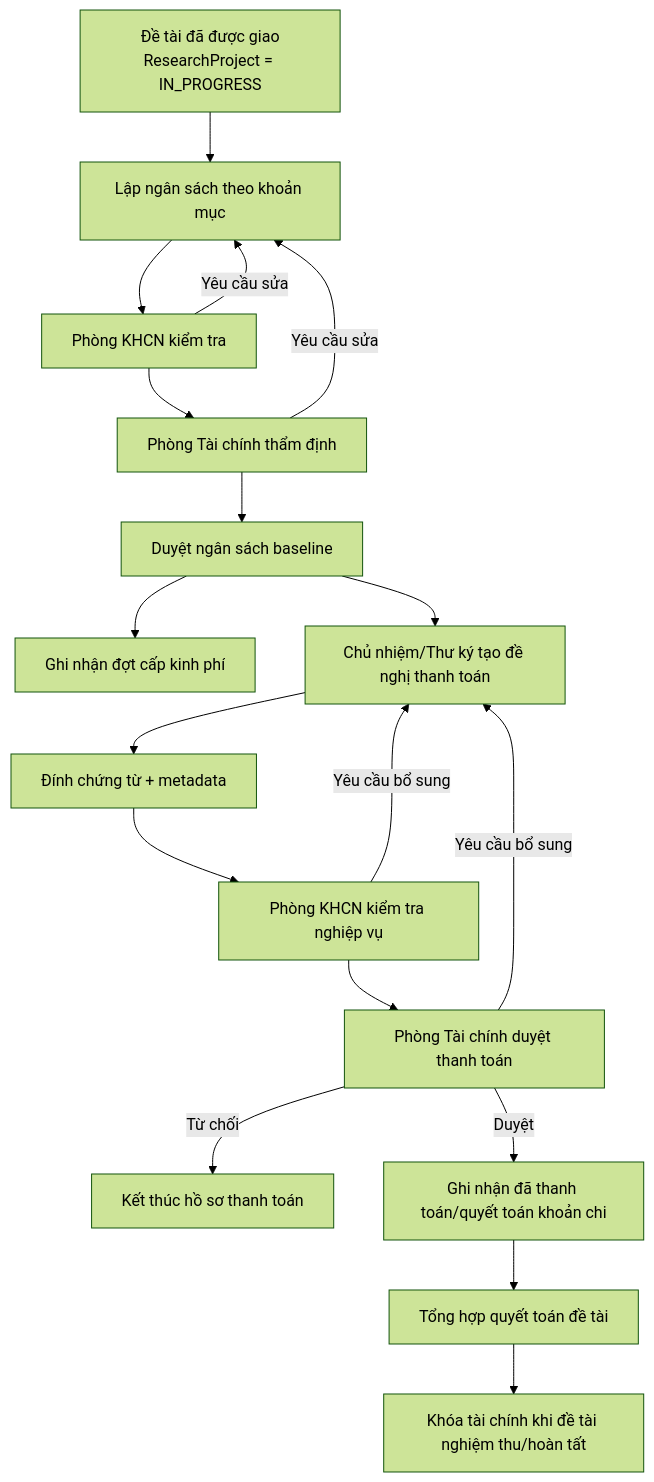
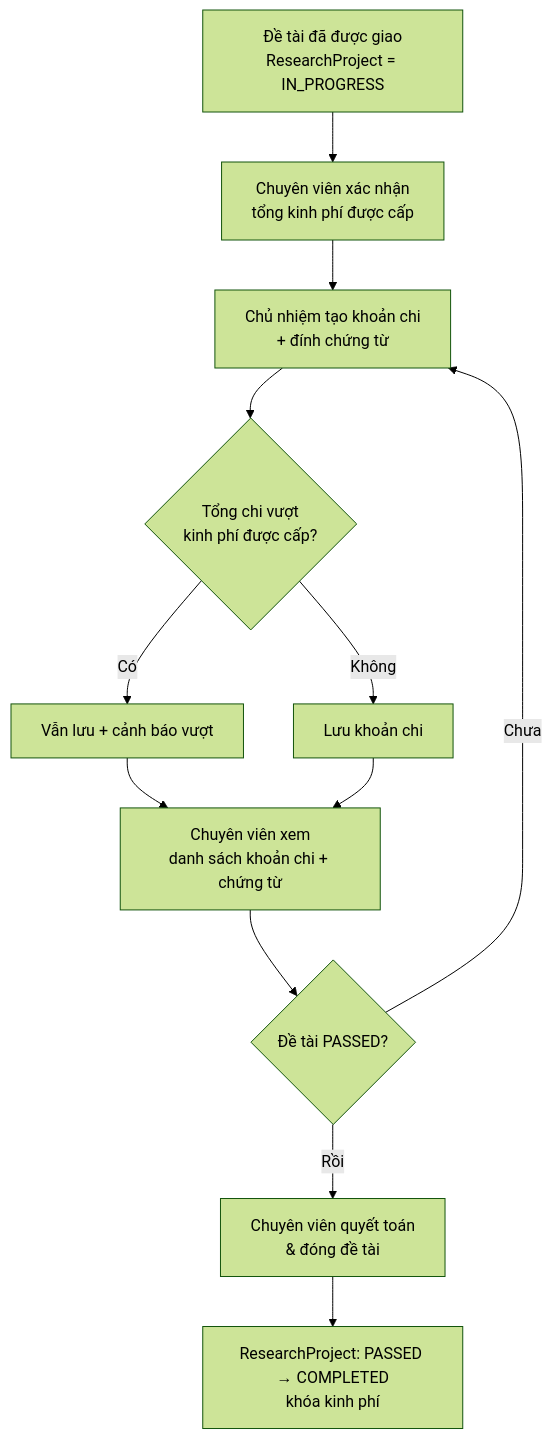
The diagram in docs/features/F05-quan-ly-kinh-phi/prototype.md (PTZero2026/rms-docs), drawn with Mermaid (forest theme) before and after one commit. The commit also changed other lines of this file and 4 other files, not shown here.

First line of the commit message:
F05: thu gọn phạm vi quản lý kinh phí về bản đơn giản

````diff
--- a/docs/features/F05-quan-ly-kinh-phi/prototype.md
+++ b/docs/features/F05-quan-ly-kinh-phi/prototype.md
@@ -35,20 +34,14 @@
 ```mermaid
 flowchart TD
-    A["Đề tài đã được giao<br/>ResearchProject = IN_PROGRESS"] --> B["Lập ngân sách theo khoản mục"]
-    B --> C["Phòng KHCN kiểm tra"]
-    C -->|Yêu cầu sửa| B
-    C --> D["Phòng Tài chính thẩm định"]
-    D -->|Yêu cầu sửa| B
-    D --> E["Duyệt ngân sách baseline"]
-    E --> F["Ghi nhận đợt cấp kinh phí"]
-    E --> G["Chủ nhiệm/Thư ký tạo đề nghị thanh toán"]
-    G --> H["Đính chứng từ + metadata"]
-    H --> I["Phòng KHCN kiểm tra nghiệp vụ"]
-    I -->|Yêu cầu bổ sung| G
-    I --> J["Phòng Tài chính duyệt thanh toán"]
-    J -->|Từ chối| K["Kết thúc hồ sơ thanh toán"]
-    J -->|Yêu cầu bổ sung| G
-    J -->|Duyệt| L["Ghi nhận đã thanh toán/quyết toán khoản chi"]
-    L --> M["Tổng hợp quyết toán đề tài"]
-    M --> N["Khóa tài chính khi đề tài nghiệm thu/hoàn tất"]
+    A["Đề tài đã được giao<br/>ResearchProject = IN_PROGRESS"] --> B["Chuyên viên xác nhận<br/>tổng kinh phí được cấp"]
+    B --> C["Chủ nhiệm tạo khoản chi<br/>+ đính chứng từ"]
+    C --> D{"Tổng chi vượt<br/>kinh phí được cấp?"}
+    D -->|Có| E["Vẫn lưu + cảnh báo vượt"]
+    D -->|Không| F["Lưu khoản chi"]
+    E --> G["Chuyên viên xem<br/>danh sách khoản chi + chứng từ"]
+    F --> G
+    G --> H{"Đề tài PASSED?"}
+    H -->|Chưa| C
+    H -->|Rồi| I["Chuyên viên quyết toán<br/>& đóng đề tài"]
+    I --> J["ResearchProject: PASSED → COMPLETED<br/>khóa kinh phí"]
 ```
````
